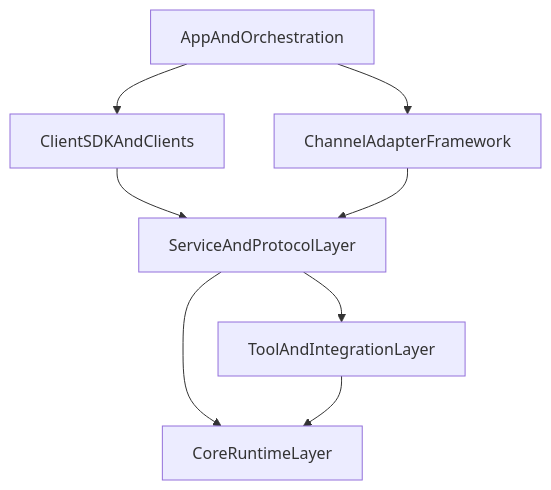
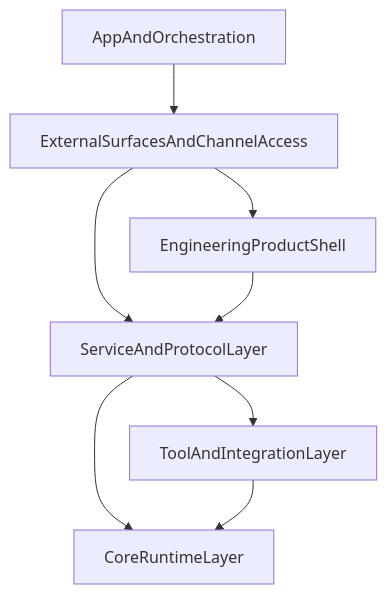
One commit to IvoryGate/openkin changed the diagram in docs/architecture-docs-for-agent/ARCHITECTURE.md. Above: the diagram before and after it, drawn with Mermaid. The commit also changed other lines of this file and 171 other files, not shown here.

````diff
--- a/docs/architecture-docs-for-agent/ARCHITECTURE.md
+++ b/docs/architecture-docs-for-agent/ARCHITECTURE.md
@@ -22,17 +22,17 @@
 ```mermaid
 flowchart TD
   AppLayer[AppAndOrchestration]
-  ClientLayer[ClientSDKAndClients]
-  ChannelLayer[ChannelAdapterFramework]
+  AccessLayer[ExternalSurfacesAndChannelAccess]
+  ProductLayer[EngineeringProductShell]
   ServiceLayer[ServiceAndProtocolLayer]
   ToolLayer[ToolAndIntegrationLayer]
   CoreLayer[CoreRuntimeLayer]
 
-  AppLayer --> ClientLayer
-  AppLayer --> ChannelLayer
-  ClientLayer --> ServiceLayer
-  ChannelLayer --> ServiceLayer
+  AppLayer --> AccessLayer
+  AccessLayer --> ProductLayer
+  AccessLayer --> ServiceLayer
+  ProductLayer --> ServiceLayer
   ServiceLayer --> ToolLayer
   ServiceLayer --> CoreLayer
   ToolLayer --> CoreLayer
 ```
````
